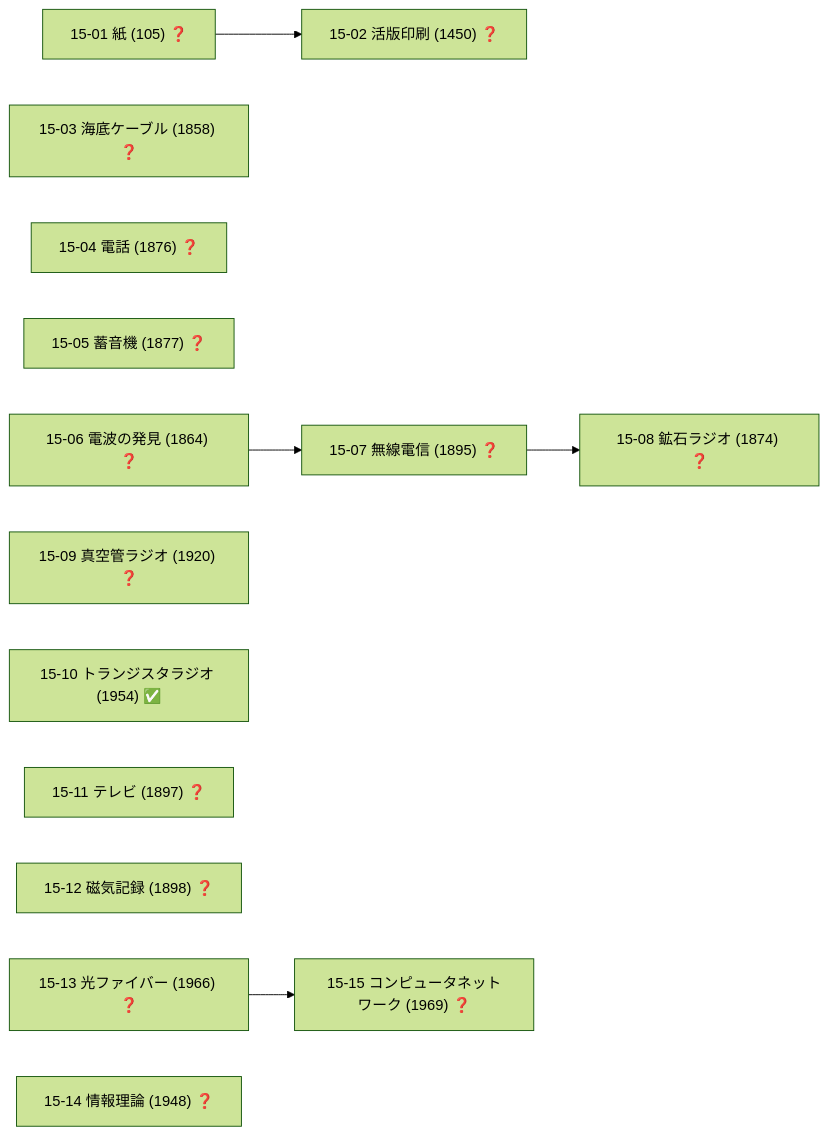
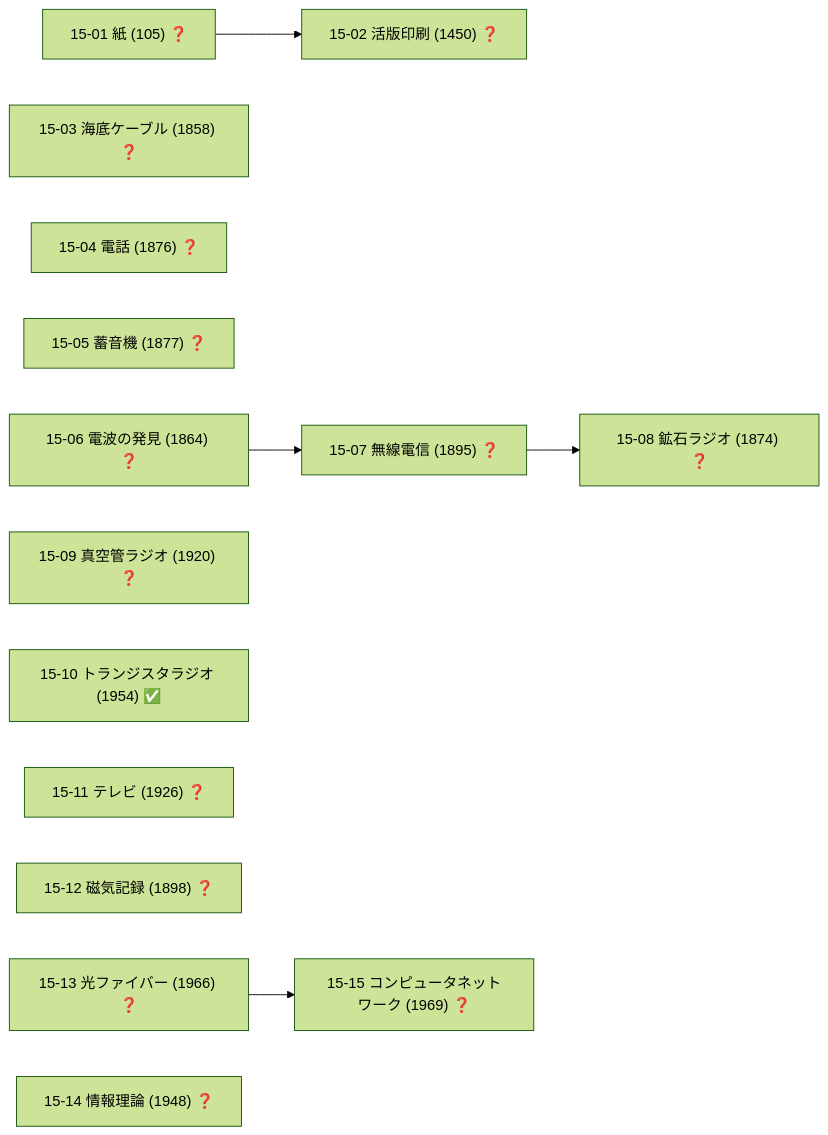
Diagram 18 of 19 in docs/TECH_TREE_VIEW.md (taku3i0317-collab/semiconductor-lab), drawn with Mermaid (forest theme) before and after one commit. The commit also changed other lines of this file and 7 other files, not shown here.

````diff
--- a/docs/TECH_TREE_VIEW.md
+++ b/docs/TECH_TREE_VIEW.md
@@ -777,22 +777,22 @@
 ```mermaid
 graph LR
   n15_01["15-01 紙 (105) ❓"]
   n15_02["15-02 活版印刷 (1450) ❓"]
   n15_03["15-03 海底ケーブル (1858) ❓"]
   n15_04["15-04 電話 (1876) ❓"]
   n15_05["15-05 蓄音機 (1877) ❓"]
   n15_06["15-06 電波の発見 (1864) ❓"]
   n15_07["15-07 無線電信 (1895) ❓"]
   n15_08["15-08 鉱石ラジオ (1874) ❓"]
   n15_09["15-09 真空管ラジオ (1920) ❓"]
   n15_10["15-10 トランジスタラジオ (1954) ✅"]
-  n15_11["15-11 テレビ (1897) ❓"]
+  n15_11["15-11 テレビ (1926) ❓"]
   n15_12["15-12 磁気記録 (1898) ❓"]
   n15_13["15-13 光ファイバー (1966) ❓"]
   n15_14["15-14 情報理論 (1948) ❓"]
   n15_15["15-15 コンピュータネットワーク (1969) ❓"]
   n15_01-->n15_02
   n15_06-->n15_07
   n15_07-->n15_08
   n15_13-->n15_15
 ```
````
